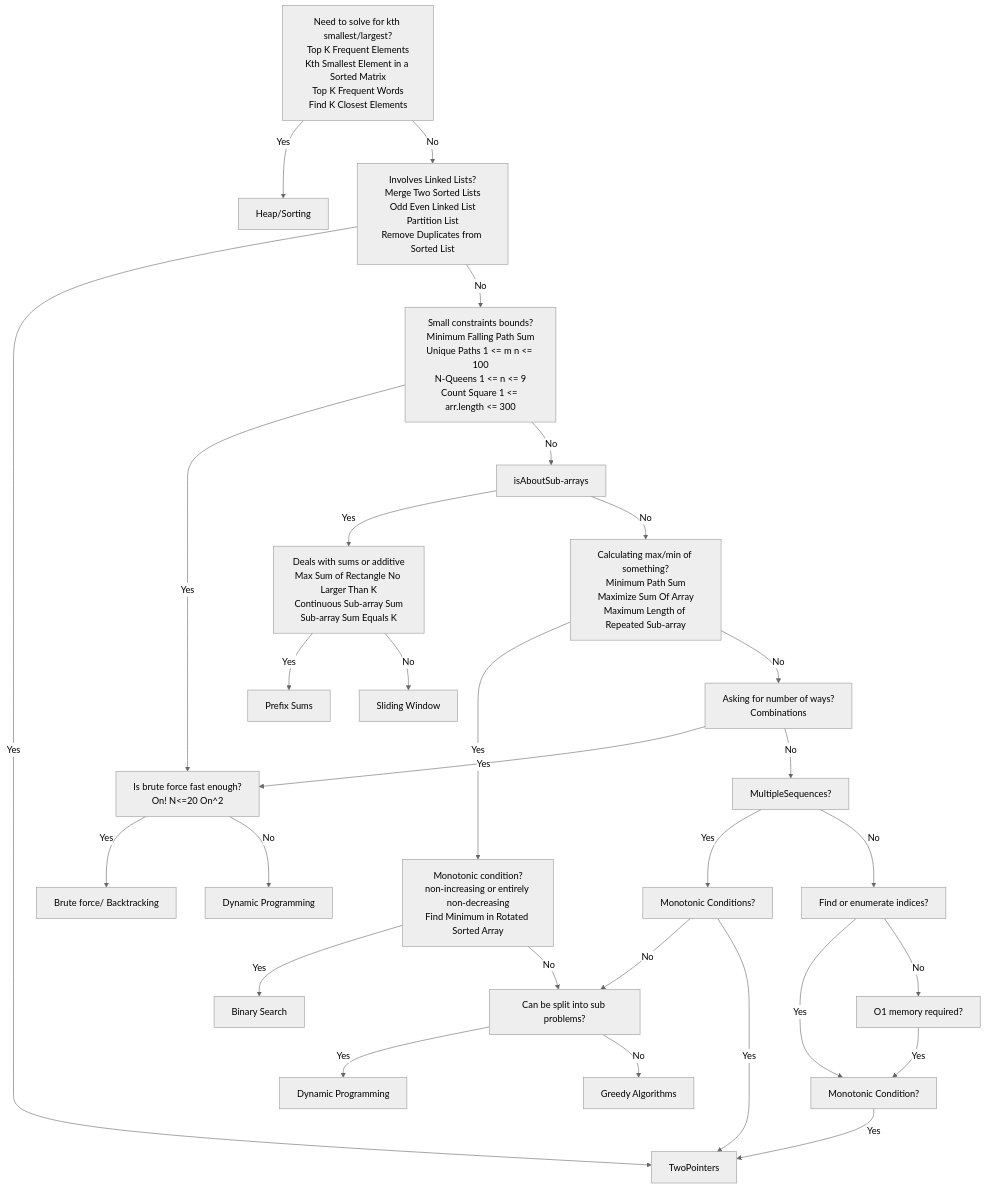
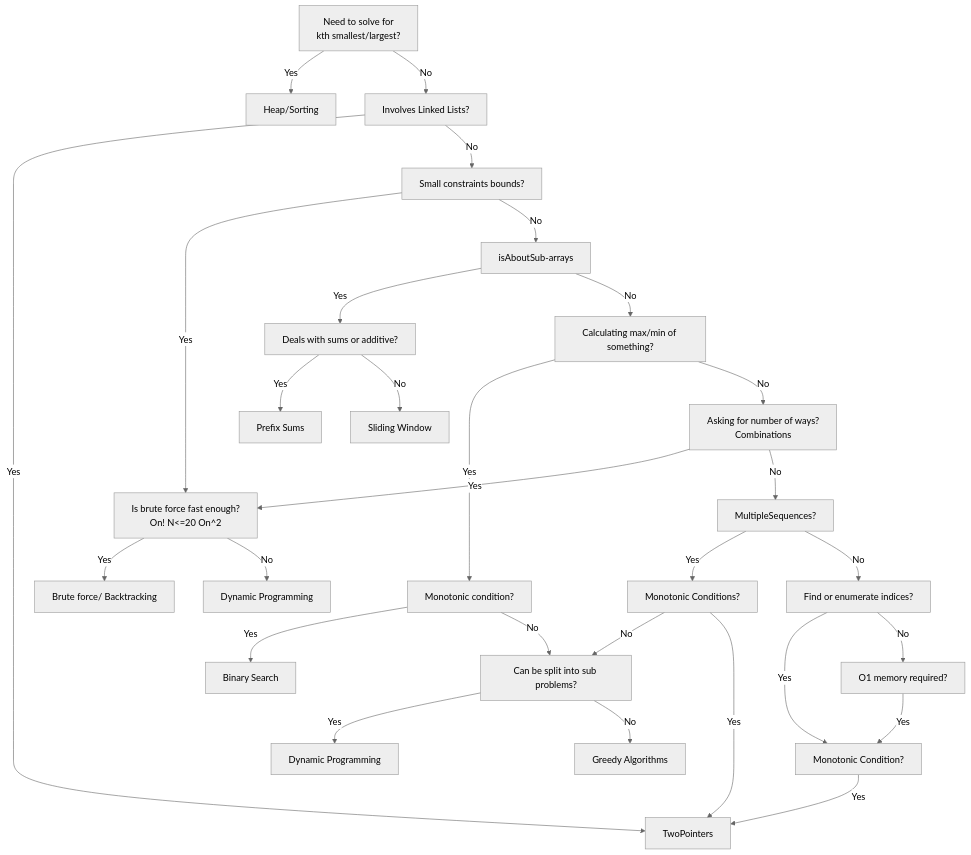
One commit to G1ukb/Sandbox_v2 changed the second of 2 diagrams in Leetcode/education/Algorithms.md. Above: the diagram before and after it, drawn with Mermaid (neutral theme). The commit also changed other lines of this file, not shown here.

Commit message:
- Fixed mermaid chart v2

````diff
--- a/Leetcode/education/Algorithms.md
+++ b/Leetcode/education/Algorithms.md
@@ -53,72 +41,53 @@
 ```mermaid
 flowchart TD
     isSmallest -->|Yes| Heap/Sorting
     isSmallest -->|No| isLinkedList
     isLinkedList -->|Yes| TwoPointers
     isLinkedList -->|No| isSmallConstraints
     isSmallConstraints -->|Yes| isBruteForceEnough
     isBruteForceEnough -->|Yes| Brute[Brute force/ Backtracking]
     isBruteForceEnough -->|No| Dynamic[Dynamic Programming]
     isSmallConstraints -->|No| isAboutSub-arrays
     isAboutSub-arrays -->|Yes| dealsWithSumsOrAdditive
     dealsWithSumsOrAdditive -->|Yes| Prefix[Prefix Sums]
     dealsWithSumsOrAdditive -->|No| Sliding[Sliding Window]
     isAboutSub-arrays -->|No| calculating
     calculating -->|Yes| isMonotonic
     isMonotonic -->|Yes| Binary[Binary Search]
     isMonotonic -->|No| subProblems
     subProblems[Can be split into sub problems?]
     subProblems -->|Yes| DynamicProgramming[Dynamic Programming]
     subProblems -->|No| greedy[Greedy Algorithms]
     calculating -->|No| numberOfWays
     numberOfWays -->|Yes| isBruteForceEnough
     numberOfWays -->|No| MultipleSequences?
     MultipleSequences? -->|Yes| isMonotonicConditions[Monotonic Conditions?]
     isMonotonicConditions -->|No| subProblems
     isMonotonicConditions -->|Yes| TwoPointers
     MultipleSequences? -->|No| indices
     indices[Find or enumerate indices?]
     indices -->|Yes| isMonotonicCondition
     isMonotonicCondition[Monotonic Condition?]
     isMonotonicCondition -->|Yes| TwoPointers
     indices -->|No| O1[O1 memory required?]
     O1 -->|Yes| isMonotonicCondition
 
-isSmallest[Need to solve for kth smallest/largest?
-Top K Frequent Elements
-Kth Smallest Element in a Sorted Matrix
-Top K Frequent Words
-Find K Closest Elements]
+isSmallest[Need to solve for 
+kth smallest/largest?]
 
-isLinkedList[Involves Linked Lists?
-Merge Two Sorted Lists
-Odd Even Linked List
-Partition List
-Remove Duplicates from Sorted List]
+isLinkedList[Involves Linked Lists?]
 
-isSmallConstraints[Small constraints bounds?
-Minimum Falling Path Sum
-Unique Paths 1 <= m n <= 100
-N-Queens 1 <= n <= 9
-Count Square 1 <= arr.length <= 300]
+isSmallConstraints[Small constraints bounds?]
 
 isBruteForceEnough[Is brute force fast enough?
 On! N<=20 On^2]
 
-dealsWithSumsOrAdditive[Deals with sums or additive
-Max Sum of Rectangle No Larger Than K
-Continuous Sub-array Sum
-Sub-array Sum Equals K]
+dealsWithSumsOrAdditive[Deals with sums or additive?]
 
-calculating[Calculating max/min of something?
-Minimum Path Sum
-Maximize Sum Of Array
-Maximum Length of Repeated Sub-array]
+calculating[Calculating max/min of something?]
 
-isMonotonic[Monotonic condition?
-non-increasing or entirely non-decreasing
-Find Minimum in Rotated Sorted Array]
+isMonotonic[Monotonic condition?]
 
 numberOfWays[Asking for number of ways?
 Combinations]
 ```
````
